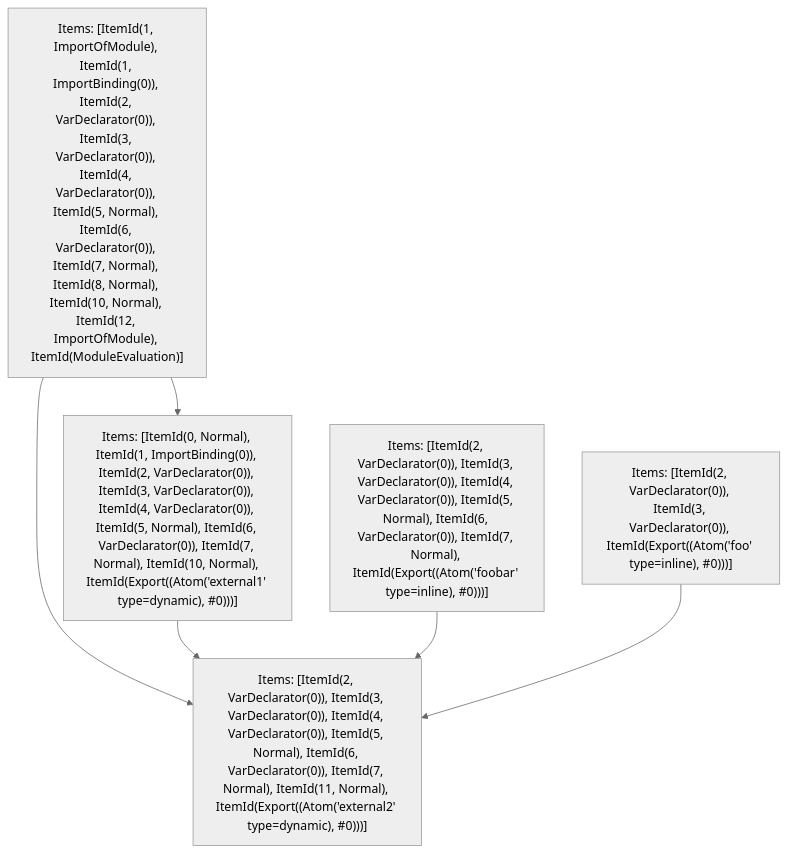
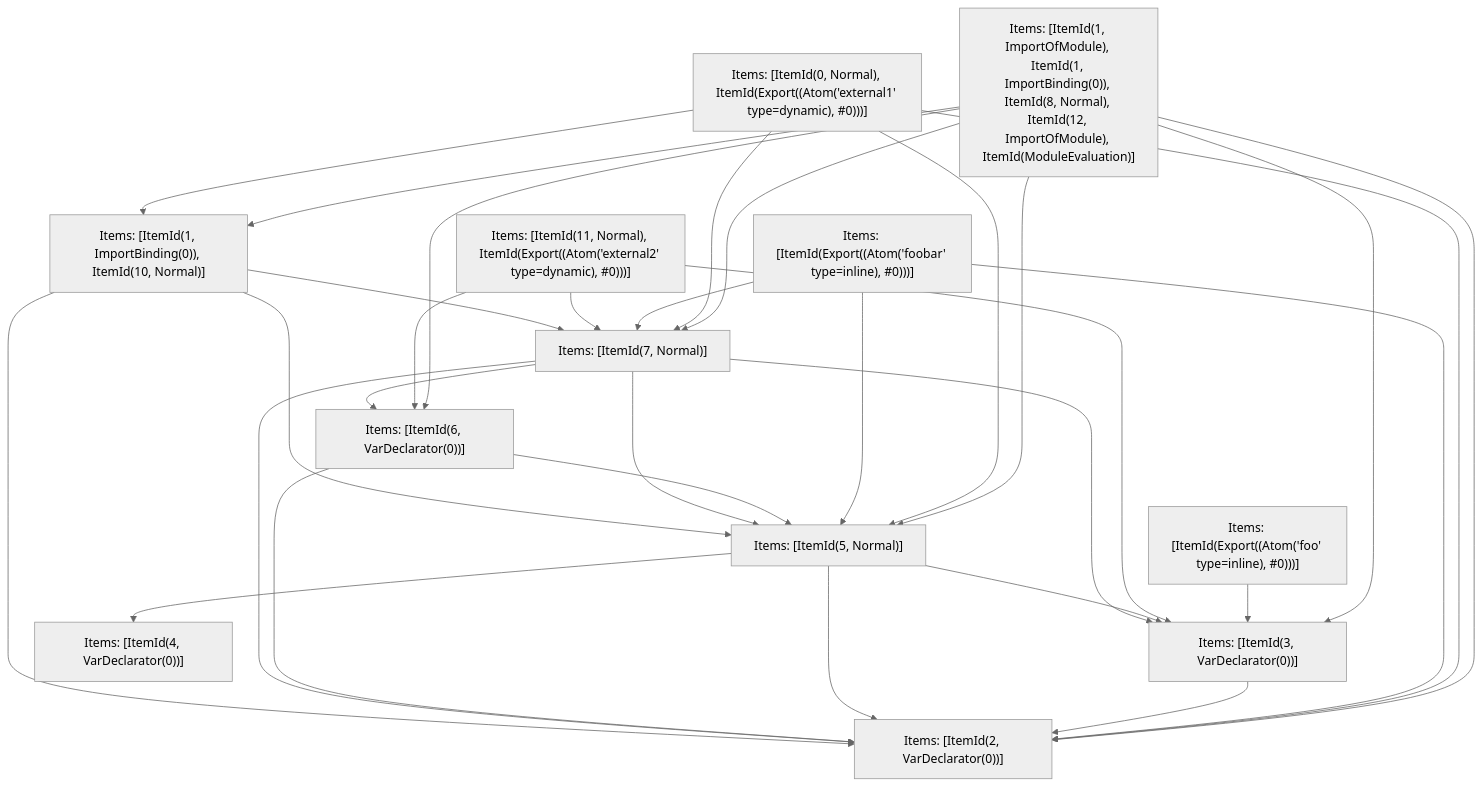
The fifth of 5 diagrams in crates/turbopack-ecmascript/tests/tree-shaker/analyzer/2/output.md (vercel/turborepo), drawn with Mermaid (neutral theme) before and after one commit. The commit also changed other lines of this file and 3 other files, not shown here.

````diff
--- a/crates/turbopack-ecmascript/tests/tree-shaker/analyzer/2/output.md
+++ b/crates/turbopack-ecmascript/tests/tree-shaker/analyzer/2/output.md
@@ -359,13 +359,45 @@
 ```mermaid
 graph TD
-    N0["Items: [ItemId(1, ImportOfModule), ItemId(1, ImportBinding(0)), ItemId(2, VarDeclarator(0)), ItemId(3, VarDeclarator(0)), ItemId(4, VarDeclarator(0)), ItemId(5, Normal), ItemId(6, VarDeclarator(0)), ItemId(7, Normal), ItemId(8, Normal), ItemId(10, Normal), ItemId(12, ImportOfModule), ItemId(ModuleEvaluation)]"];
-    N1["Items: [ItemId(0, Normal), ItemId(1, ImportBinding(0)), ItemId(2, VarDeclarator(0)), ItemId(3, VarDeclarator(0)), ItemId(4, VarDeclarator(0)), ItemId(5, Normal), ItemId(6, VarDeclarator(0)), ItemId(7, Normal), ItemId(10, Normal), ItemId(Export((Atom('external1' type=dynamic), #0)))]"];
-    N2["Items: [ItemId(2, VarDeclarator(0)), ItemId(3, VarDeclarator(0)), ItemId(4, VarDeclarator(0)), ItemId(5, Normal), ItemId(6, VarDeclarator(0)), ItemId(7, Normal), ItemId(Export((Atom('foobar' type=inline), #0)))]"];
-    N3["Items: [ItemId(2, VarDeclarator(0)), ItemId(3, VarDeclarator(0)), ItemId(Export((Atom('foo' type=inline), #0)))]"];
-    N4["Items: [ItemId(2, VarDeclarator(0)), ItemId(3, VarDeclarator(0)), ItemId(4, VarDeclarator(0)), ItemId(5, Normal), ItemId(6, VarDeclarator(0)), ItemId(7, Normal), ItemId(11, Normal), ItemId(Export((Atom('external2' type=dynamic), #0)))]"];
-    N0 --> N4;
-    N0 --> N1;
-    N1 --> N4;
-    N2 --> N4;
-    N3 --> N4;
+    N0["Items: [ItemId(1, ImportOfModule), ItemId(1, ImportBinding(0)), ItemId(8, Normal), ItemId(12, ImportOfModule), ItemId(ModuleEvaluation)]"];
+    N1["Items: [ItemId(0, Normal), ItemId(Export((Atom('external1' type=dynamic), #0)))]"];
+    N2["Items: [ItemId(Export((Atom('foobar' type=inline), #0)))]"];
+    N3["Items: [ItemId(Export((Atom('foo' type=inline), #0)))]"];
+    N4["Items: [ItemId(11, Normal), ItemId(Export((Atom('external2' type=dynamic), #0)))]"];
+    N5["Items: [ItemId(2, VarDeclarator(0))]"];
+    N6["Items: [ItemId(3, VarDeclarator(0))]"];
+    N7["Items: [ItemId(4, VarDeclarator(0))]"];
+    N8["Items: [ItemId(5, Normal)]"];
+    N9["Items: [ItemId(6, VarDeclarator(0))]"];
+    N10["Items: [ItemId(7, Normal)]"];
+    N11["Items: [ItemId(1, ImportBinding(0)), ItemId(10, Normal)]"];
+    N0 --> N9;
+    N0 --> N11;
+    N0 --> N5;
+    N0 --> N8;
+    N0 --> N10;
+    N0 --> N6;
+    N1 --> N11;
+    N1 --> N5;
+    N1 --> N8;
+    N1 --> N10;
+    N2 --> N5;
+    N2 --> N8;
+    N2 --> N10;
+    N3 --> N6;
+    N4 --> N6;
+    N4 --> N9;
+    N4 --> N10;
+    N6 --> N5;
+    N8 --> N7;
+    N8 --> N5;
+    N8 --> N6;
+    N9 --> N5;
+    N9 --> N8;
+    N10 --> N5;
+    N10 --> N8;
+    N10 --> N6;
+    N10 --> N9;
+    N11 --> N5;
+    N11 --> N8;
+    N11 --> N10;
 ```
````
